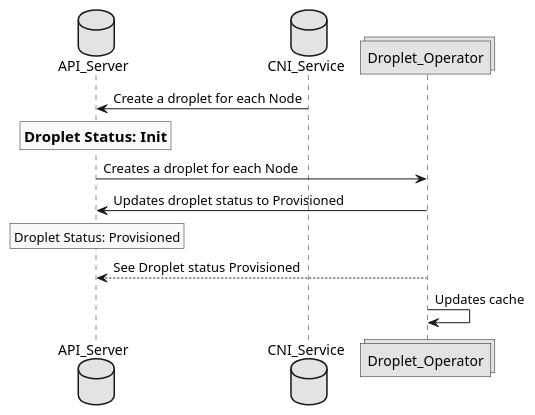
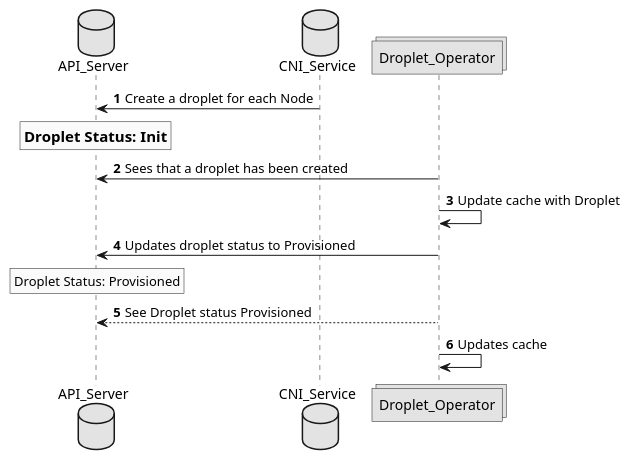
One commit to CentaurusInfra/mizar changed the diagram in Documentation/design/figures/create_droplet_workflow.puml. Above: the diagram before and after it, drawn with PlantUML. The commit also changed 6 other files, not shown here.

```diff
--- a/Documentation/design/figures/create_droplet_workflow.puml
+++ b/Documentation/design/figures/create_droplet_workflow.puml
@@ -1,17 +1,19 @@
 @startuml
 
 skinparam monochrome true
+autonumber
 
 database API_Server
 database CNI_Service
 collections Droplet_Operator
 
 CNI_Service -> API_Server: Create a droplet for each Node
 rnote over API_Server: ==Droplet Status: Init
-API_Server -> Droplet_Operator: Creates a droplet for each Node
+Droplet_Operator -> API_Server: Sees that a droplet has been created
+Droplet_Operator -> Droplet_Operator: Update cache with Droplet
 Droplet_Operator -> API_Server: Updates droplet status to Provisioned
 rnote over API_Server: Droplet Status: Provisioned
 Droplet_Operator --> API_Server: See Droplet status Provisioned
 Droplet_Operator -> Droplet_Operator: Updates cache
 
 @enduml
```
